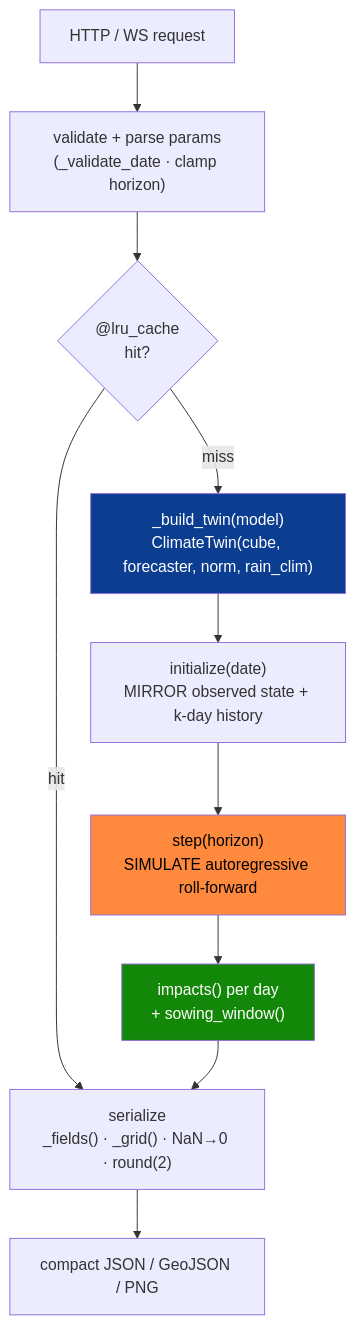
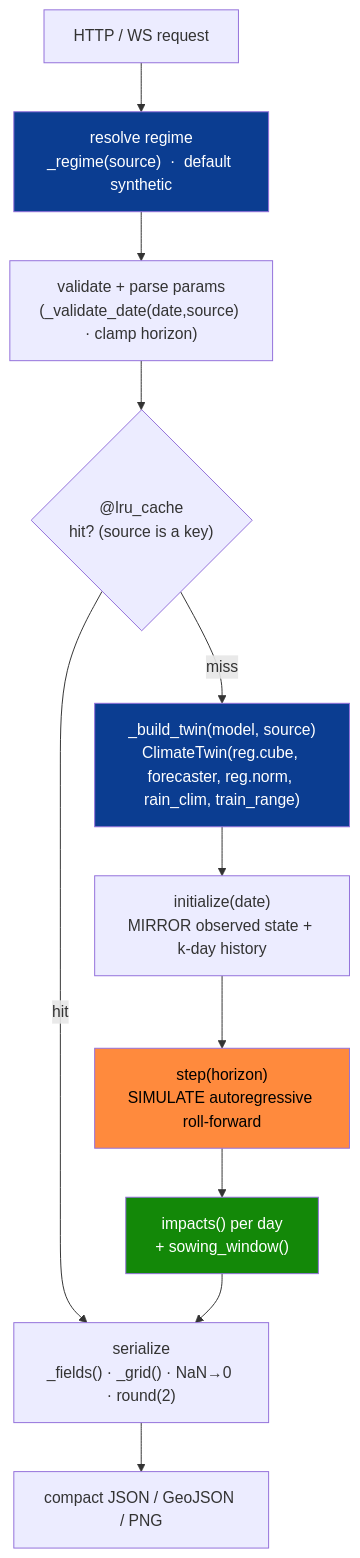
One commit to ayushap18/climatwin-india changed the first of 3 diagrams in backend/README.md. Above: the diagram before and after it, drawn with Mermaid. The commit also changed other lines of this file and 9 other files, not shown here.

First line of the commit message:
docs: document the INSAT-3D/MOSDAC real-data regime, 3D terrain, and source-aware twin

````diff
--- a/backend/README.md
+++ b/backend/README.md
@@ -37,16 +79,18 @@
 ```mermaid
 flowchart TD
-    REQ["HTTP / WS request"] --> VAL["validate + parse params<br/>(_validate_date · clamp horizon)"]
-    VAL --> CACHE{"@lru_cache<br/>hit?"}
+    REQ["HTTP / WS request"] --> SRC["resolve regime<br/>_regime(source)  ·  default synthetic"]
+    SRC --> VAL["validate + parse params<br/>(_validate_date(date,source) · clamp horizon)"]
+    VAL --> CACHE{"@lru_cache<br/>hit? (source is a key)"}
     CACHE -->|hit| SER
-    CACHE -->|miss| TWIN["_build_twin(model)<br/>ClimateTwin(cube, forecaster, norm, rain_clim)"]
+    CACHE -->|miss| TWIN["_build_twin(model, source)<br/>ClimateTwin(reg.cube, forecaster, reg.norm, rain_clim, train_range)"]
     TWIN --> INIT["initialize(date)<br/>MIRROR observed state + k-day history"]
     INIT --> STEP["step(horizon)<br/>SIMULATE autoregressive roll-forward"]
     STEP --> IMP["impacts() per day<br/>+ sowing_window()"]
     IMP --> SER["serialize<br/>_fields() · _grid() · NaN→0 · round(2)"]
     SER --> RESP["compact JSON / GeoJSON / PNG"]
 
+    style SRC fill:#0b3d91,color:#fff
     style TWIN fill:#0b3d91,color:#fff
     style STEP fill:#ff8a3d,color:#000
     style IMP fill:#138808,color:#fff
 ```
````
